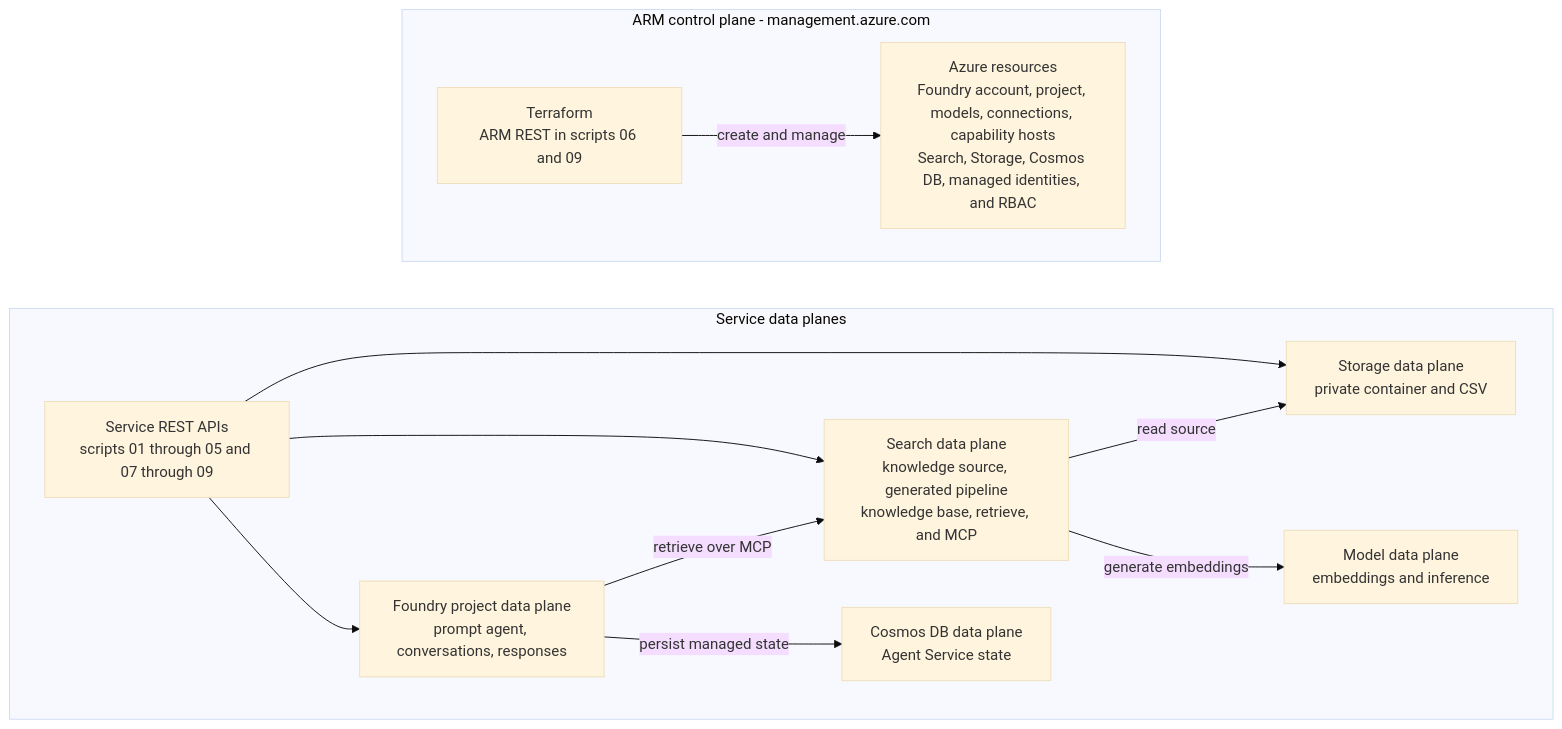
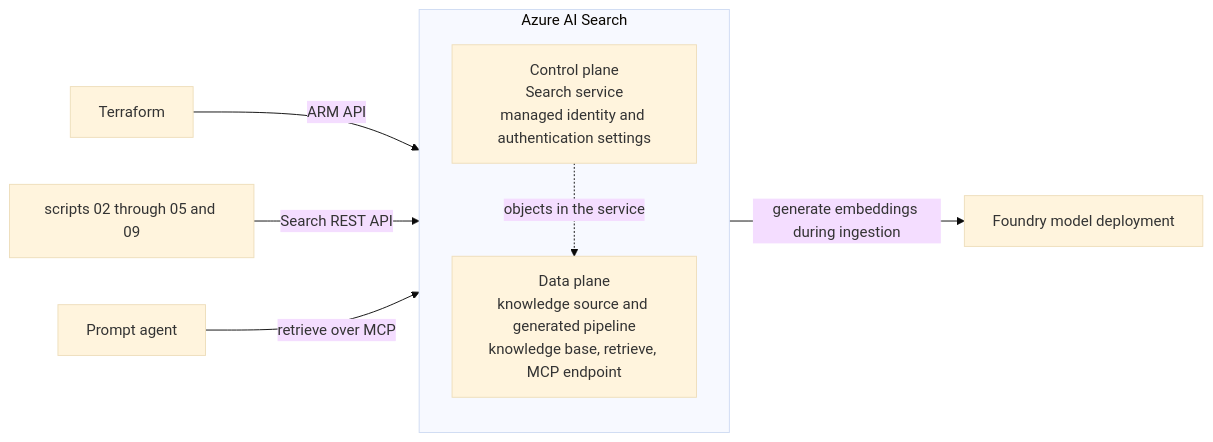
The third of 6 diagrams in infra/scenarios/azure_microsoft_foundry/README.md (ks6088ts/template-terraform), drawn with Mermaid (base theme) before and after one commit. The commit also changed other lines of this file and 1 other file, not shown here.

Commit message:
Enhance README: expand definitions for Microsoft Foundry concepts, clarify setup types, and improve resource connection explanations

````diff
--- a/infra/scenarios/azure_microsoft_foundry/README.md
+++ b/infra/scenarios/azure_microsoft_foundry/README.md
@@ -85,29 +223,14 @@
 ```mermaid
-flowchart TB
-    subgraph ControlPlane["ARM control plane - management.azure.com"]
-        direction LR
-        ControlClients["Terraform<br/>ARM REST in scripts 06 and 09"]
-        ArmObjects["Azure resources<br/>Foundry account, project, models, connections, capability hosts<br/>Search, Storage, Cosmos DB, managed identities, and RBAC"]
-        ControlClients -->|"create and manage"| ArmObjects
+flowchart LR
+    subgraph Search["Azure AI Search"]
+        direction TB
+        SearchArm["Control plane<br/>Search service<br/>managed identity and authentication settings"]
+        SearchData["Data plane<br/>knowledge source and generated pipeline<br/>knowledge base, retrieve, MCP endpoint"]
+        SearchArm -.->|"objects in the service"| SearchData
     end
 
-        subgraph DataPlanes["Service data planes"]
-                direction LR
-        DataClients["Service REST APIs<br/>scripts 01 through 05 and 07 through 09"]
-                StorageData["Storage data plane<br/>private container and CSV"]
-                SearchData["Search data plane<br/>knowledge source, generated pipeline<br/>knowledge base, retrieve, and MCP"]
-                FoundryData["Foundry project data plane<br/>prompt agent, conversations, responses"]
-                ModelData["Model data plane<br/>embeddings and inference"]
-                CosmosData["Cosmos DB data plane<br/>Agent Service state"]
-        DataClients --> StorageData
-        DataClients --> SearchData
-        DataClients --> FoundryData
-        FoundryData -->|"retrieve over MCP"| SearchData
-        FoundryData -->|"persist managed state"| CosmosData
-        SearchData -->|"read source"| StorageData
-        SearchData -->|"generate embeddings"| ModelData
-        end
-
-    %% Keep management above runtime without implying an API call.
-    ArmObjects ~~~ DataClients
+    Terraform["Terraform"] -->|"ARM API"| SearchArm
+    SearchScripts["scripts 02 through 05 and 09"] -->|"Search REST API"| SearchData
+    PromptAgent["Prompt agent"] -->|"retrieve over MCP"| SearchData
+    SearchData -->|"generate embeddings during ingestion"| EmbeddingModel["Foundry model deployment"]
 ```
````
